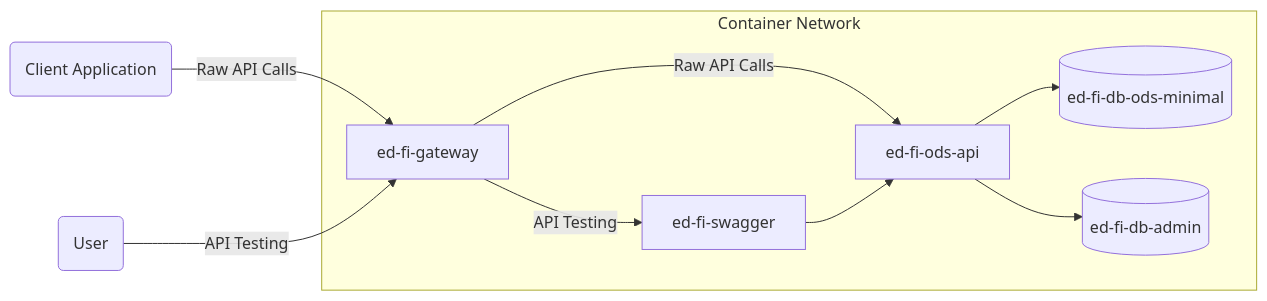
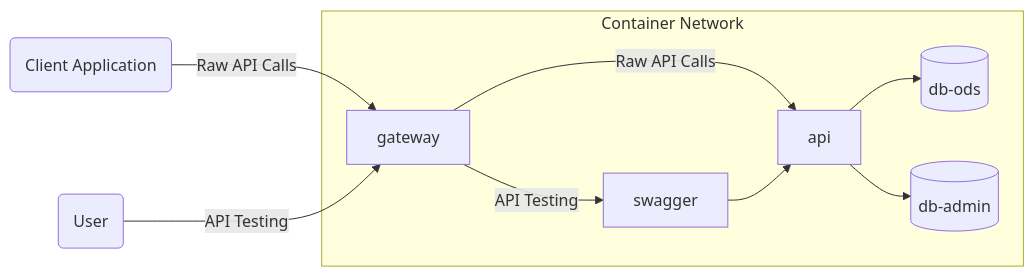
Before and after one commit to Ed-Fi-Alliance-OSS/Ed-Fi-ODS-Implementation: the first of 2 diagrams in Docker/README.md, drawn with Mermaid.

Commit message:
Simplify diagram labels

````diff
--- a/Docker/README.md
+++ b/Docker/README.md
@@ -75,19 +75,19 @@
 ```mermaid
 flowchart LR
-    A(Client Application) -->|Raw API Calls| B[ed-fi-gateway]
-    B -->|Raw API Calls| C[ed-fi-ods-api]
-    C --> D[(ed-fi-db-ods-minimal)]
-    C --> E[(ed-fi-db-admin)]
+    A(Client Application) -->|Raw API Calls| B[gateway]
+    B -->|Raw API Calls| C[api]
+    C --> D[(db-ods)]
+    C --> E[(db-admin)]
 
     F(User) -->|API Testing| B
-    B -->|API Testing| G[ed-fi-swagger]
+    B -->|API Testing| G[swagger]
     G --> C
 
     subgraph Container Network
         B
         C
         D
         E
         G
     end
 ```
````
